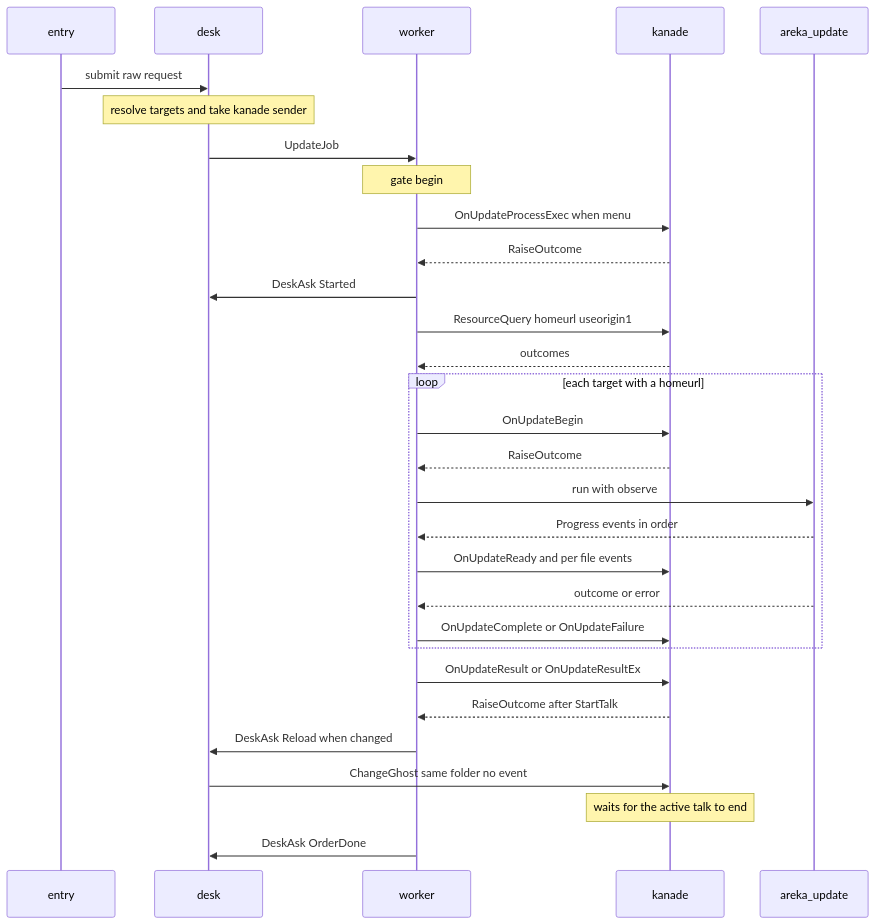
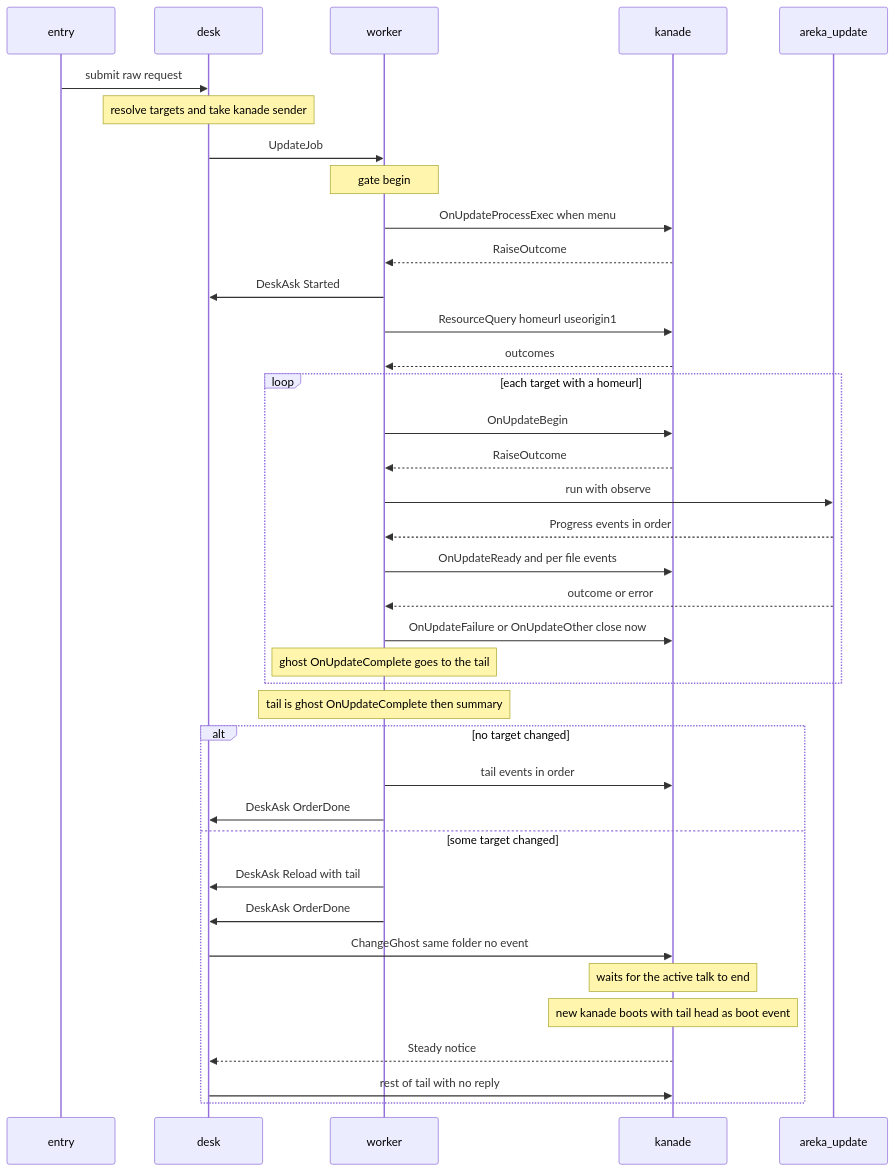
One commit to ekicyou/areka changed the second of 3 diagrams in .kiro/specs/areka-P0-network-update/design.md. Above: the diagram before and after it, drawn with Mermaid. The commit also changed other lines of this file and 2 other files, not shown here.

Commit message:
docs(areka-P0-network-update): OnUpdateComplete と総括を再起動の後へ移す流れに要件・設計・タスクを改める（開発者確定 09-30・裁定 10.6 を覆す）

````diff
--- a/.kiro/specs/areka-P0-network-update/design.md
+++ b/.kiro/specs/areka-P0-network-update/design.md
@@ -239,32 +242,40 @@
 ```mermaid
 sequenceDiagram
     participant E as entry
     participant D as desk
     participant W as worker
     participant K as kanade
     participant U as areka_update
     E->>D: submit raw request
     Note over D: resolve targets and take kanade sender
     D->>W: UpdateJob
     Note over W: gate begin
     W->>K: OnUpdateProcessExec when menu
     K-->>W: RaiseOutcome
     W->>D: DeskAsk Started
     W->>K: ResourceQuery homeurl useorigin1
     K-->>W: outcomes
     loop each target with a homeurl
         W->>K: OnUpdateBegin
         K-->>W: RaiseOutcome
         W->>U: run with observe
         U-->>W: Progress events in order
         W->>K: OnUpdateReady and per file events
         U-->>W: outcome or error
-        W->>K: OnUpdateComplete or OnUpdateFailure
+        W->>K: OnUpdateFailure or OnUpdateOther close now
+        Note over W: ghost OnUpdateComplete goes to the tail
     end
-    W->>K: OnUpdateResult or OnUpdateResultEx
-    K-->>W: RaiseOutcome after StartTalk
-    W->>D: DeskAsk Reload when changed
-    D->>K: ChangeGhost same folder no event
-    Note over K: waits for the active talk to end
-    W->>D: DeskAsk OrderDone
+    Note over W: tail is ghost OnUpdateComplete then summary
+    alt no target changed
+        W->>K: tail events in order
+        W->>D: DeskAsk OrderDone
+    else some target changed
+        W->>D: DeskAsk Reload with tail
+        W->>D: DeskAsk OrderDone
+        D->>K: ChangeGhost same folder no event
+        Note over K: waits for the active talk to end
+        Note over K: new kanade boots with tail head as boot event
+        K-->>D: Steady notice
+        D->>K: rest of tail with no reply
+    end
 ```
````
